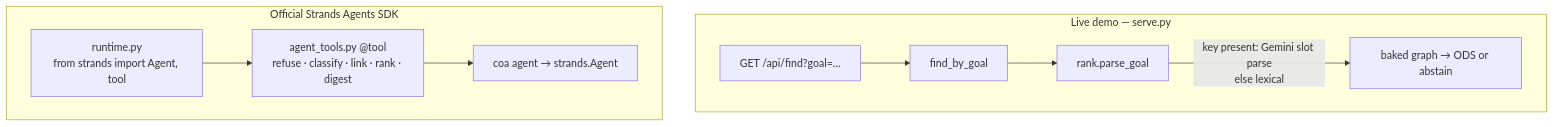
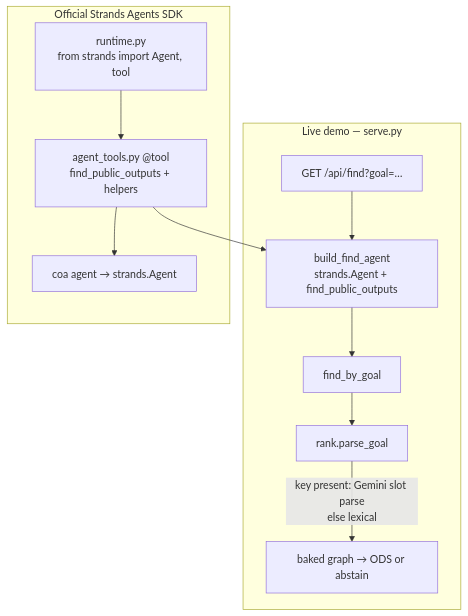
Before and after one commit to qxiong888/cancer-output-atlas: the second of 2 diagrams in docs/architecture.md, drawn with Mermaid. The commit also changed other lines of this file and 4 other files, not shown here.

Commit message:
Align public docs with live Strands find and demo framing.

````diff
--- a/docs/architecture.md
+++ b/docs/architecture.md
@@ -28,15 +28,18 @@
 ```mermaid
 flowchart TB
   subgraph live ["Live demo — serve.py"]
-    S["GET /api/find?goal=…"] --> F["find_by_goal"]
+    S["GET /api/find?goal=…"] --> AG["build_find_agent<br/>strands.Agent + find_public_outputs"]
+    AG --> F["find_by_goal"]
     F --> PG["rank.parse_goal"]
     PG -->|"key present: Gemini slot parse<br/>else lexical"| G2["baked graph → ODS or abstain"]
   end
 
   subgraph sdk ["Official Strands Agents SDK"]
     RT["runtime.py<br/>from strands import Agent, tool"]
-    AT["agent_tools.py @tool<br/>refuse · classify · link · rank · digest"]
+    AT["agent_tools.py @tool<br/>find_public_outputs + helpers"]
     CLI["coa agent → strands.Agent"]
-    RT --> AT --> CLI
+    RT --> AT
+    AT --> AG
+    AT --> CLI
   end
 ```
````
